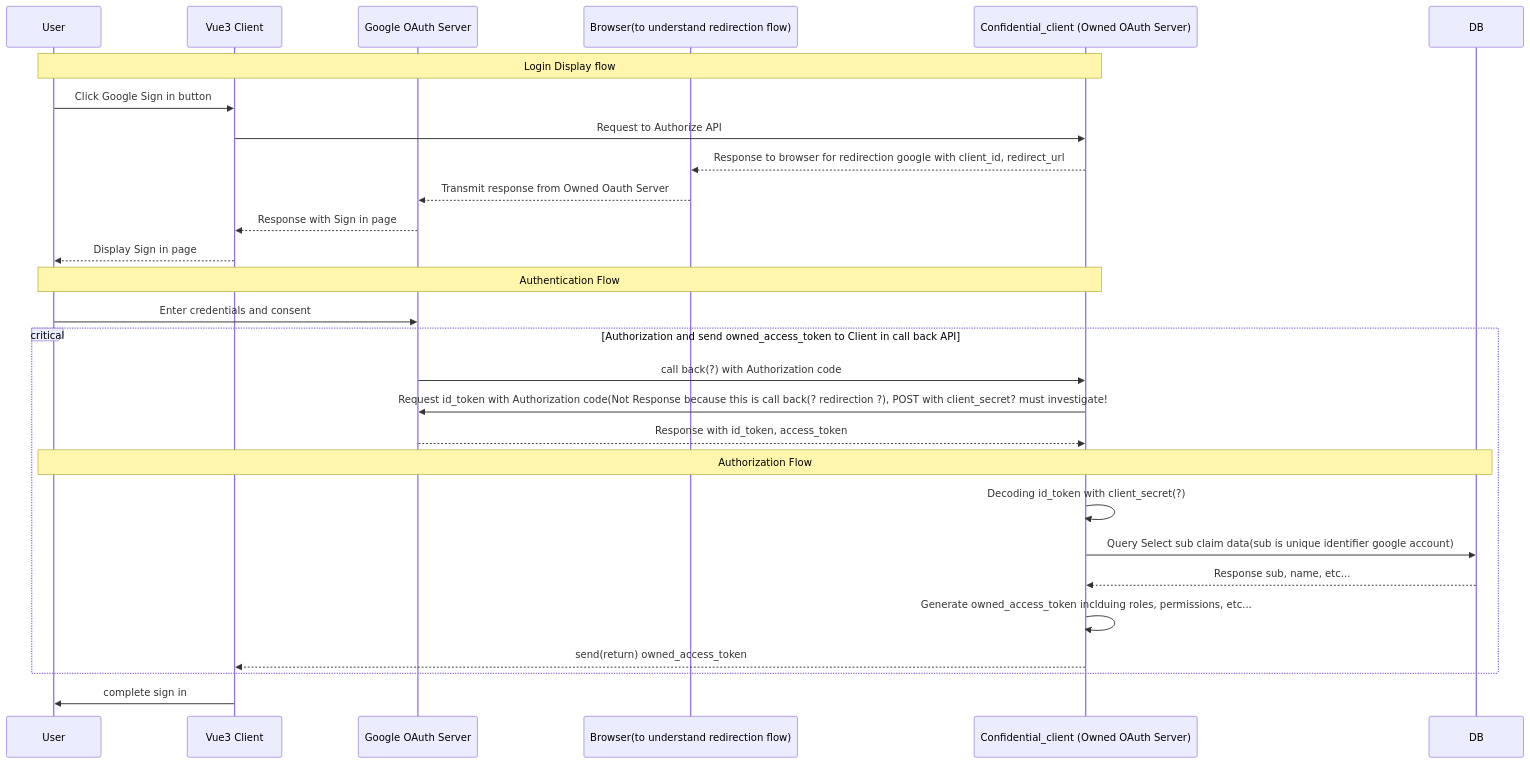
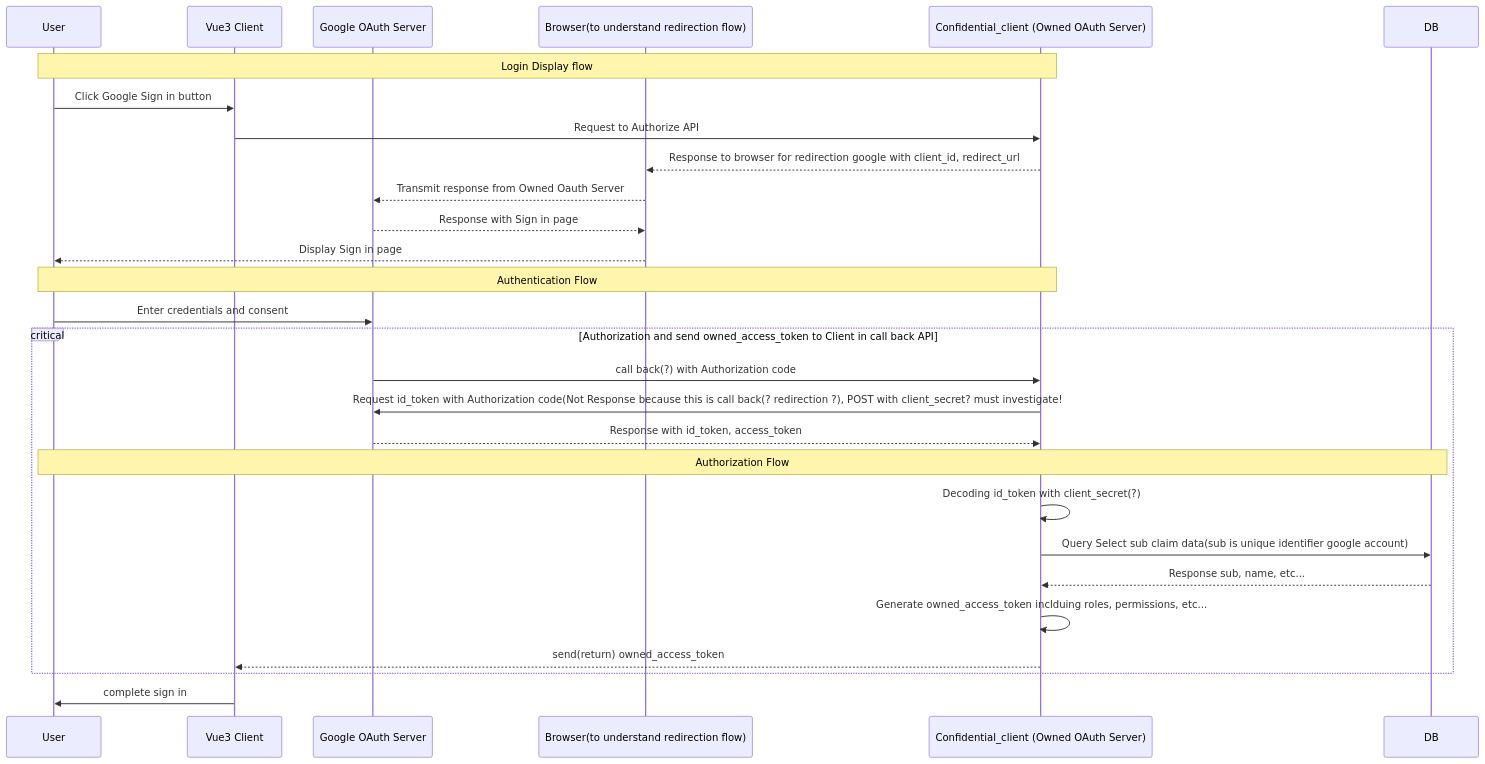
One commit to abel9851/development_knowledge changed the diagram in 04_dev_resources/OAuth2.0/Google Sign in Sequence diagram(confindetial client + authorization code).md. Above: the diagram before and after it, drawn with Mermaid. The commit also changed other lines of this file, not shown here.

Commit message:
vault backup: 2025-05-12 23:35:18

````diff
--- a/04_dev_resources/OAuth2.0/Google Sign in Sequence diagram(confindetial client + authorization code).md
+++ b/04_dev_resources/OAuth2.0/Google Sign in Sequence diagram(confindetial client + authorization code).md
@@ -1,43 +1,43 @@
 ```mermaid
 
 sequenceDiagram
 	participant User as User
     participant Client as Vue3 Client
     participant Google as Google OAuth Server
     participant Browser as Browser(to understand redirection flow)
     participant AuthServer as Confidential_client (Owned OAuth Server)
     participant DB as DB
 
 	%% Login Display Flow
 	note over User, AuthServer: Login Display flow
 	User->>Client: Click Google Sign in button
 	Client->>AuthServer: Request to Authorize API
 	AuthServer-->>Browser: Response to browser for redirection google with client_id, redirect_url
 	Browser-->>Google: Transmit response from Owned Oauth Server
-	Google-->>Client: Response with Sign in page
-	Client-->>User: Display Sign in page
+	Google-->>Browser: Response with Sign in page
+	Browser-->>User: Display Sign in page
 
 	%% Authentication Flow
 	note over User, AuthServer: Authentication Flow
 	User->>Google: Enter credentials and consent
 
 	%% Critical proccess
 	critical Authorization and send owned_access_token to Client in call back API
 	Google->>AuthServer: call back(?) with Authorization code
 	AuthServer->>Google: Request id_token with Authorization code(Not Response because this is call back(? redirection ?), POST with client_secret? must investigate!
     Google-->>AuthServer: Response with id_token, access_token
     
 	%% Authorization Flow()
 	note over DB, User: Authorization Flow
     AuthServer->>AuthServer: Decoding id_token with client_secret(?)
     AuthServer->>DB: Query Select sub claim data(sub is unique identifier google account)
     DB-->>AuthServer: Response sub, name, etc...
     AuthServer->>AuthServer: Generate owned_access_token inclduing roles, permissions, etc...
 
     AuthServer-->>Client: send(return) owned_access_token
 end
 
 %% display main
 Client->>User: complete sign in 
 
 ```
````
